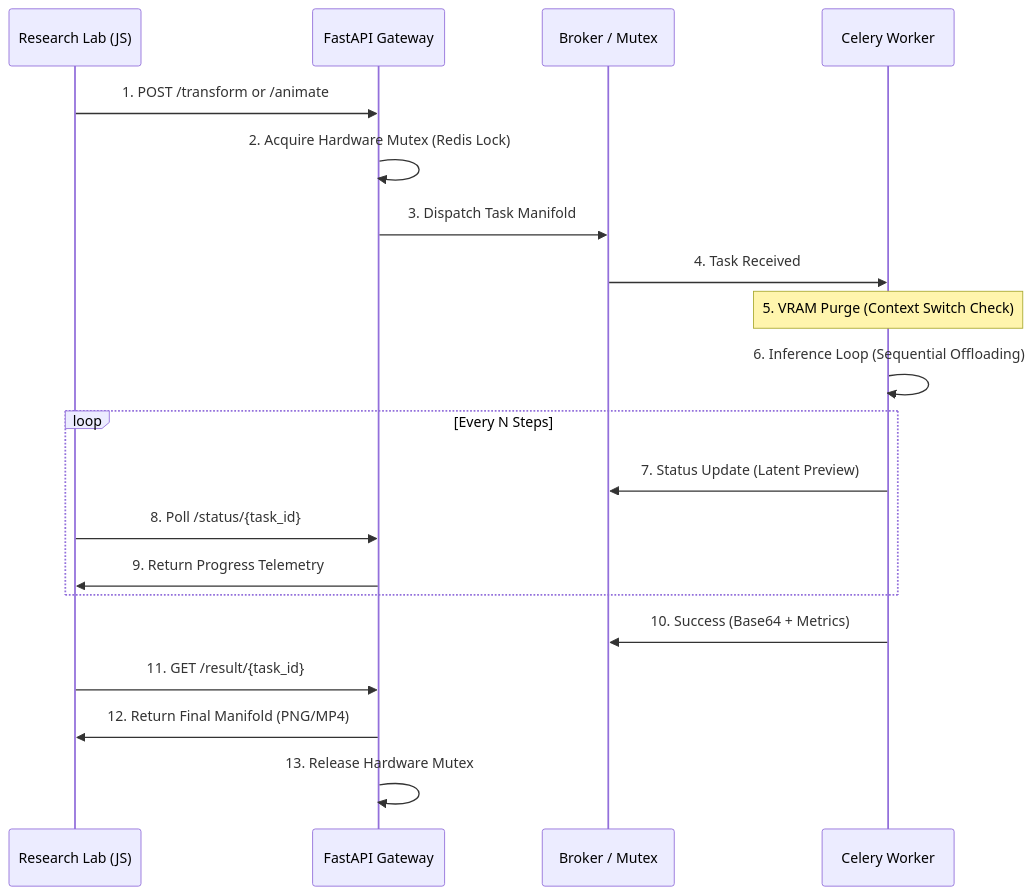
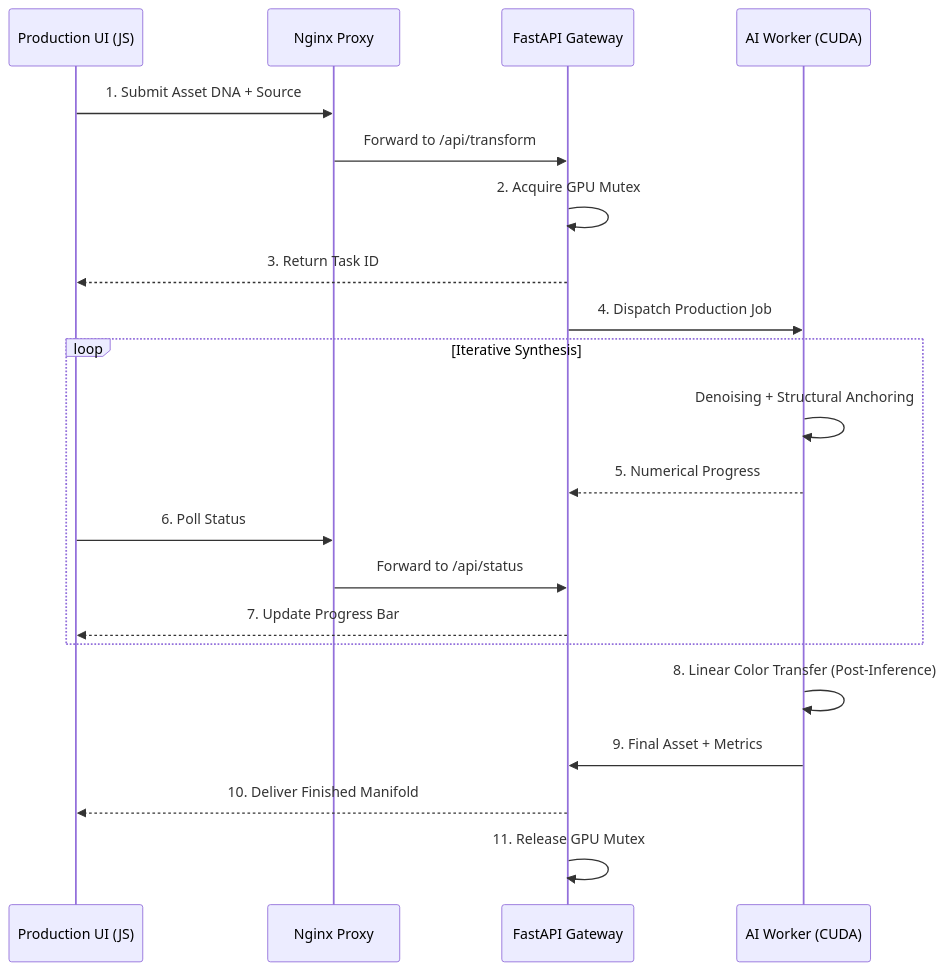
One commit to enriquegonzalezgutierrez/z_realism_ai changed the second of 2 diagrams in README.md. Above: the diagram before and after it, drawn with Mermaid. The commit also changed other lines of this file, not shown here.

````diff
--- a/README.md
+++ b/README.md
@@ -91,23 +63,24 @@
 ```mermaid
 sequenceDiagram
-    participant UI as Research Lab (JS)
+    participant Client as Production UI (JS)
+    participant Proxy as Nginx Proxy
     participant API as FastAPI Gateway
-    participant Redis as Broker / Mutex
-    participant Worker as Celery Worker
+    participant Worker as AI Worker (CUDA)
     
-    UI->>API: 1. POST /transform or /animate
-    API->>API: 2. Acquire Hardware Mutex (Redis Lock)
-    API->>Redis: 3. Dispatch Task Manifold
-    Redis->>Worker: 4. Task Received
-    Note over Worker: 5. VRAM Purge (Context Switch Check)
-    Worker->>Worker: 6. Inference Loop (Sequential Offloading)
-    loop Every N Steps
-        Worker->>Redis: 7. Status Update (Latent Preview)
-        UI->>API: 8. Poll /status/{task_id}
-        API->>UI: 9. Return Progress Telemetry
+    Client->>Proxy: 1. Submit Asset DNA + Source
+    Proxy->>API: Forward to /api/transform
+    API->>API: 2. Acquire GPU Mutex
+    API-->>Client: 3. Return Task ID
+    API->>Worker: 4. Dispatch Production Job
+    loop Iterative Synthesis
+        Worker->>Worker: Denoising + Structural Anchoring
+        Worker-->>API: 5. Numerical Progress
+        Client->>Proxy: 6. Poll Status
+        Proxy->>API: Forward to /api/status
+        API-->>Client: 7. Update Progress Bar
     end
-    Worker->>Redis: 10. Success (Base64 + Metrics)
-    UI->>API: 11. GET /result/{task_id}
-    API->>UI: 12. Return Final Manifold (PNG/MP4)
-    API->>API: 13. Release Hardware Mutex
+    Worker->>Worker: 8. Linear Color Transfer (Post-Inference)
+    Worker->>API: 9. Final Asset + Metrics
+    API-->>Client: 10. Deliver Finished Manifold
+    API->>API: 11. Release GPU Mutex
 ```
````
